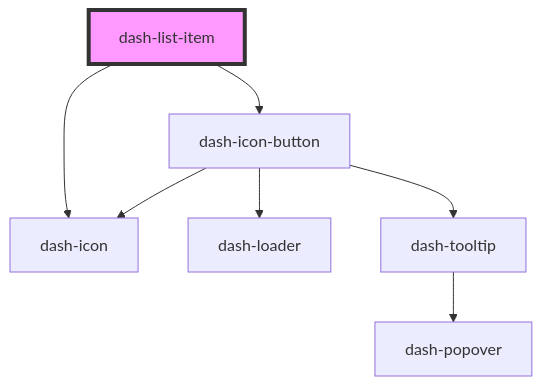
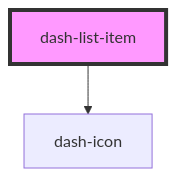
The diagram in packages/dash-components/src/components/dash-list-item/readme.md (jmanke/dash), drawn with Mermaid before and after one commit. The commit also changed other lines of this file and 10 other files, not shown here.

````diff
--- a/packages/dash-components/src/components/dash-list-item/readme.md
+++ b/packages/dash-components/src/components/dash-list-item/readme.md
@@ -47,10 +46,5 @@
 ```mermaid
 graph TD;
   dash-list-item --> dash-icon
-  dash-list-item --> dash-icon-button
-  dash-icon-button --> dash-icon
-  dash-icon-button --> dash-loader
-  dash-icon-button --> dash-tooltip
-  dash-tooltip --> dash-popover
   style dash-list-item fill:#f9f,stroke:#333,stroke-width:4px
 ```
````
